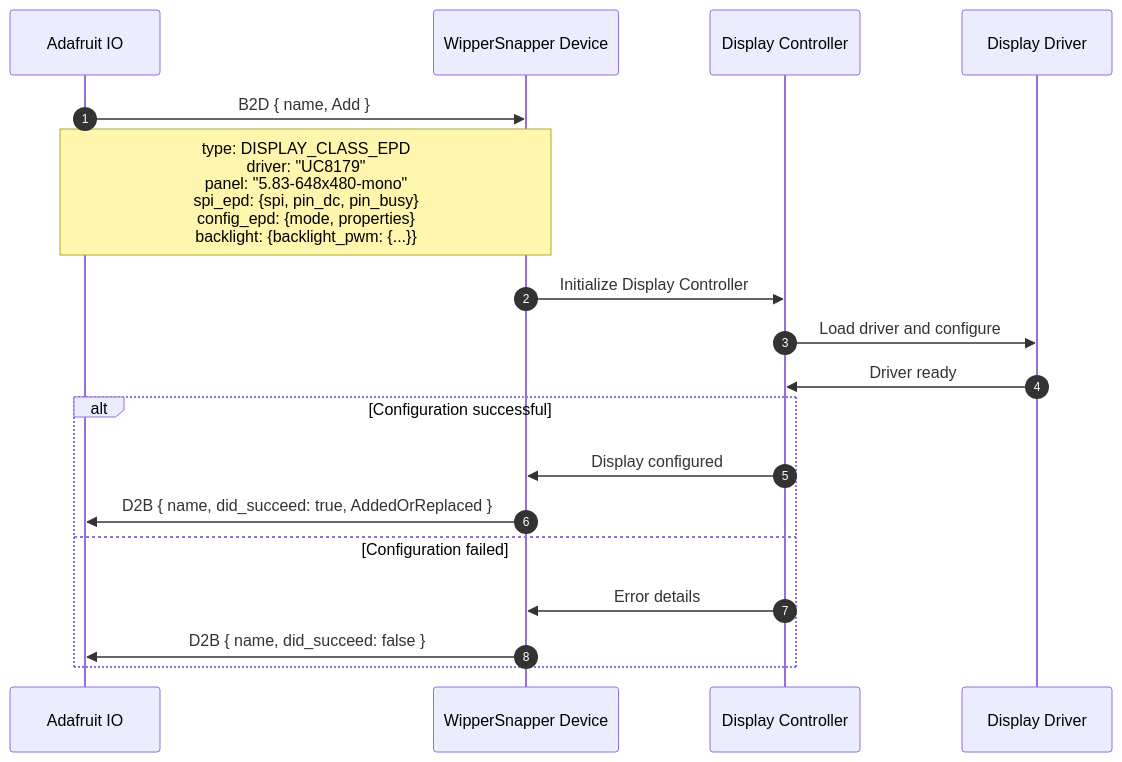
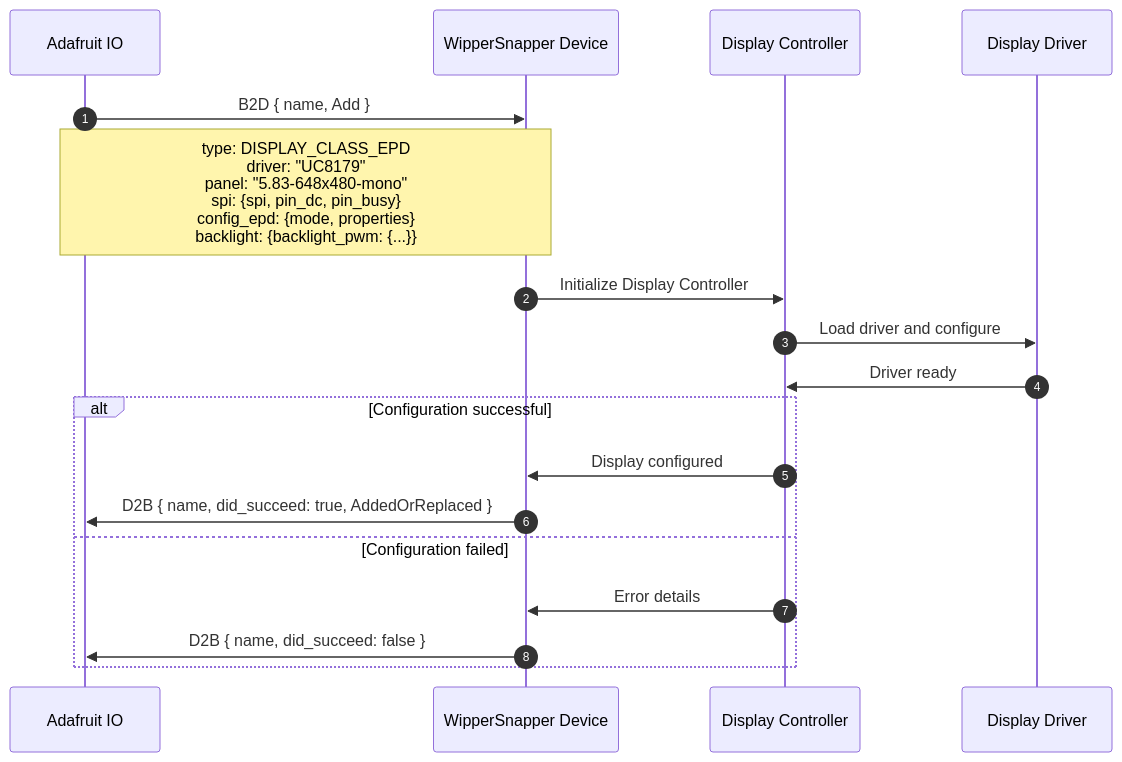
The first of 3 diagrams in proto/wippersnapper/docs/display.md (adafruit/Wippersnapper_Protobuf), drawn with Mermaid before and after one commit. The commit also changed other lines of this file and 3 other files, not shown here.

First line of the commit message:
display: squash spi_epd/spi_tft into a single spi interface arm

````diff
--- a/proto/wippersnapper/docs/display.md
+++ b/proto/wippersnapper/docs/display.md
@@ -198,23 +198,23 @@
 ```mermaid
 sequenceDiagram
 autonumber
 participant IO as Adafruit IO
 participant Device as WipperSnapper Device
 participant Display as Display Controller
 participant Driver as Display Driver
 
 IO->>Device: B2D { name, Add }
-Note over IO,Device: type: DISPLAY_CLASS_EPD<br/>driver: "UC8179"<br/>panel: "5.83-648x480-mono"<br/>spi_epd: {spi, pin_dc, pin_busy}<br/>config_epd: {mode, properties}<br/>backlight: {backlight_pwm: {...}}
+Note over IO,Device: type: DISPLAY_CLASS_EPD<br/>driver: "UC8179"<br/>panel: "5.83-648x480-mono"<br/>spi: {spi, pin_dc, pin_busy}<br/>config_epd: {mode, properties}<br/>backlight: {backlight_pwm: {...}}
 
 Device->>Display: Initialize Display Controller
 Display->>Driver: Load driver and configure
 Driver->>Display: Driver ready
 
 alt Configuration successful
     Display->>Device: Display configured
     Device->>IO: D2B { name, did_succeed: true, AddedOrReplaced }
 else Configuration failed
     Display->>Device: Error details
     Device->>IO: D2B { name, did_succeed: false }
 end
 ```
````
